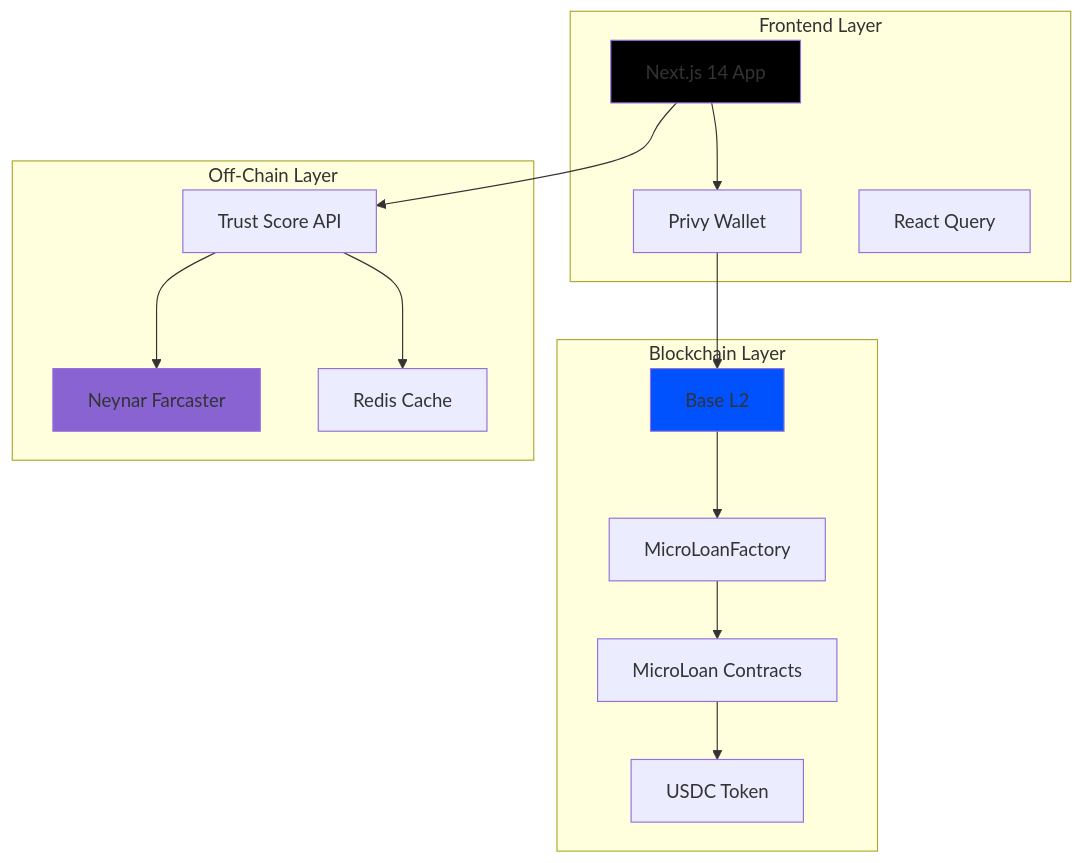
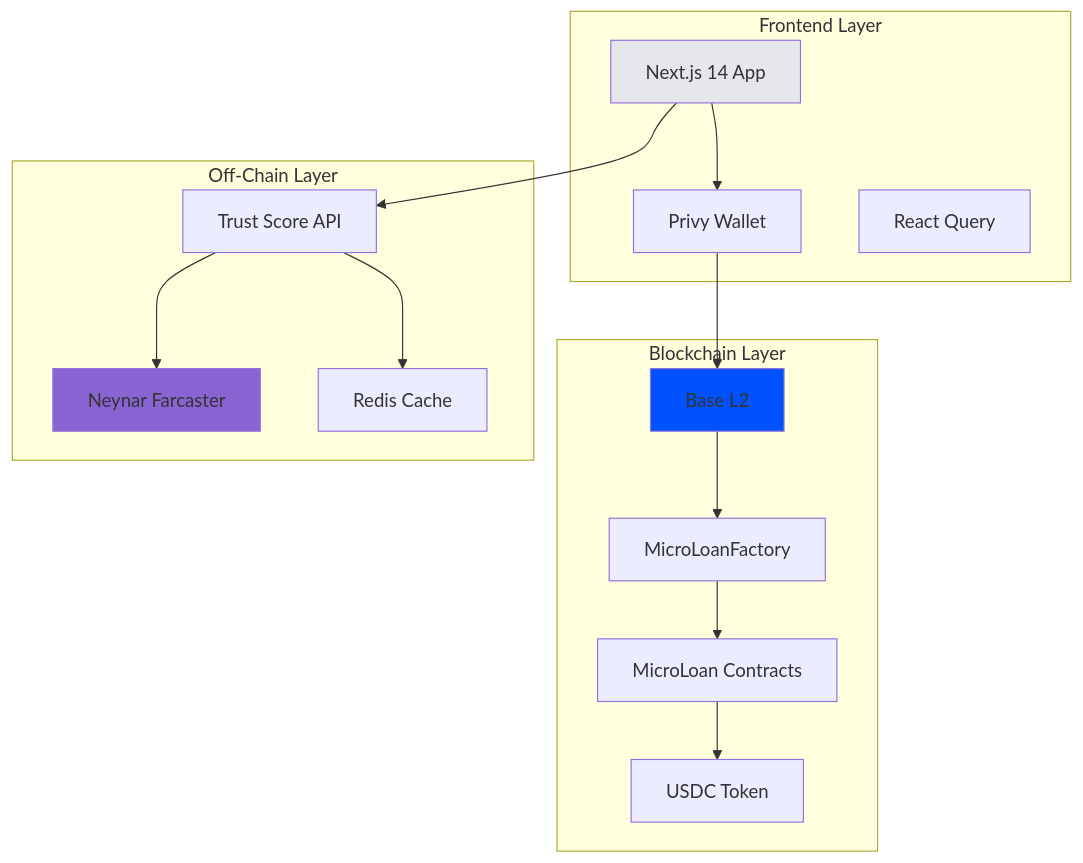
Before and after one commit to aagoldberg/far-mca: the first of 4 diagrams in docs/how-it-works/technical-stack.md, drawn with Mermaid.

Commit message:
Fix Next.js box color in architecture diagram (black → gray for readability)

````diff
--- a/docs/how-it-works/technical-stack.md
+++ b/docs/how-it-works/technical-stack.md
@@ -7,34 +7,34 @@
 ```mermaid
 graph TB
     subgraph "Frontend Layer"
         A[Next.js 14 App]
         B[Privy Wallet]
         C[React Query]
     end
 
     subgraph "Blockchain Layer"
         D[Base L2]
         E[MicroLoanFactory]
         F[MicroLoan Contracts]
         G[USDC Token]
     end
 
     subgraph "Off-Chain Layer"
         H[Trust Score API]
         I[Neynar Farcaster]
         J[Redis Cache]
     end
 
     A --> B
     B --> D
     A --> H
     H --> I
     H --> J
     E --> F
     F --> G
     D --> E
 
     style D fill:#0052FF
     style I fill:#8A63D2
-    style A fill:#000000
+    style A fill:#E5E7EB
 ```
````
